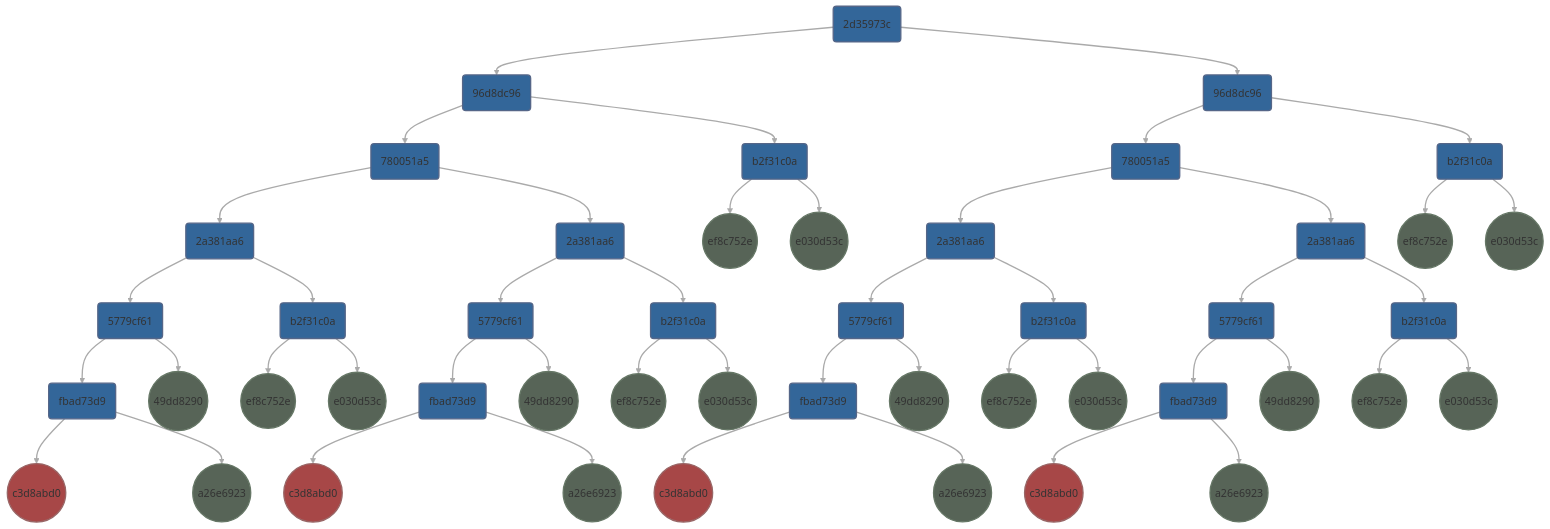
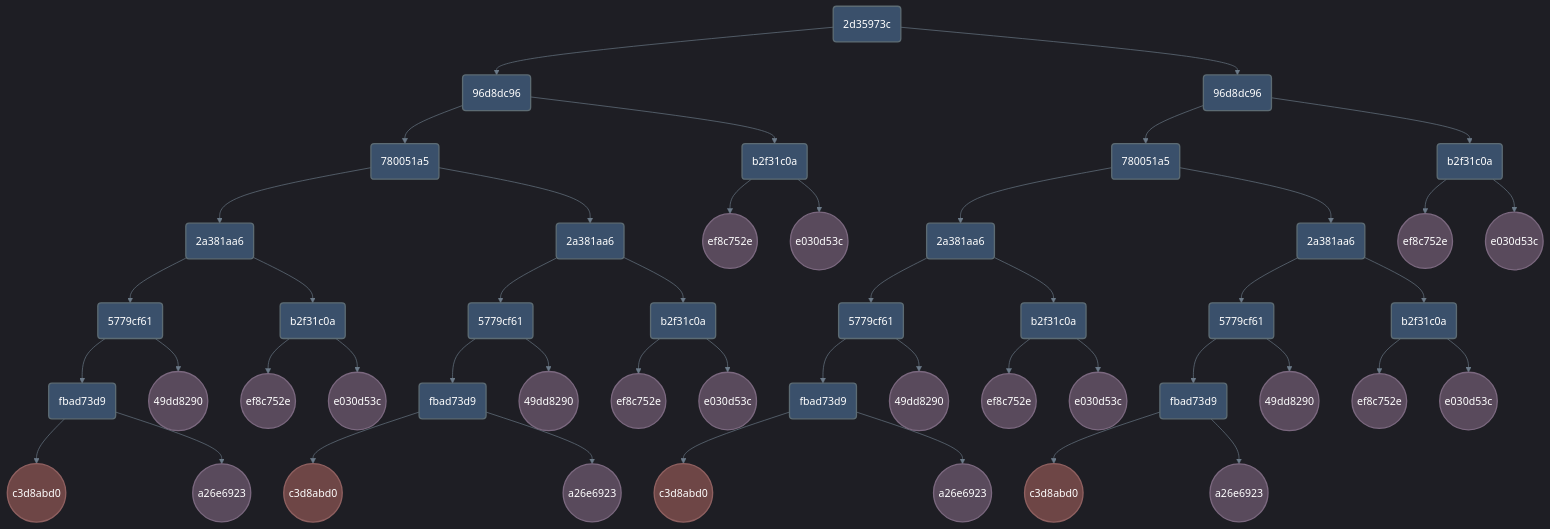
The second of 4 diagrams in docs/components/worker/executor.md (Shapedsundew9/erasmus-gp), drawn with Mermaid before and after one commit. The commit also changed other lines of this file and 21 other files, not shown here.

First line of the commit message:
Enhance Mermaid Diagrams and Color Consistency Across Documentation

````diff
--- a/docs/components/worker/executor.md
+++ b/docs/components/worker/executor.md
@@ -68,101 +67,103 @@
 ```mermaid
+%%{init: { 'theme': 'dark', 'themeVariables': { 'lineColor': '#6c7a89', 'textColor': '#edf2f4', 'mainBkg': '#2b2d42', 'primaryBorderColor': '#4a4e69' }}}%%
 flowchart TD
-    02d35973c(2d35973c):::blue
-    a196d8dc96(96d8dc96):::blue
+    %% Base/Default (Dark Slate)
+    classDef default fill:#2b2d42,stroke:#4a4e69,stroke-width:2px,color:#edf2f4
+    classDef dataBlue fill:#3a506b,stroke:#5c6b73,stroke-width:2px,color:#ffffff
+    classDef dataPurple fill:#594a5c,stroke:#7b687f,stroke-width:2px,color:#ffffff
+    classDef dataRed fill:#6e4646,stroke:#8f6060,stroke-width:2px,color:#ffffff
+
+    02d35973c(2d35973c):::dataBlue
+    a196d8dc96(96d8dc96):::dataBlue
     02d35973c --> a196d8dc96
-    b196d8dc96(96d8dc96):::blue
+    b196d8dc96(96d8dc96):::dataBlue
     02d35973c --> b196d8dc96
-    a2780051a5(780051a5):::blue
+    a2780051a5(780051a5):::dataBlue
     a196d8dc96 --> a2780051a5
-    b2b2f31c0a(b2f31c0a):::blue
+    b2b2f31c0a(b2f31c0a):::dataBlue
     a196d8dc96 --> b2b2f31c0a
-    a3780051a5(780051a5):::blue
+    a3780051a5(780051a5):::dataBlue
     b196d8dc96 --> a3780051a5
-    b3b2f31c0a(b2f31c0a):::blue
+    b3b2f31c0a(b2f31c0a):::dataBlue
     b196d8dc96 --> b3b2f31c0a
-    a42a381aa6(2a381aa6):::blue
+    a42a381aa6(2a381aa6):::dataBlue
     a2780051a5 --> a42a381aa6
-    b42a381aa6(2a381aa6):::blue
+    b42a381aa6(2a381aa6):::dataBlue
     a2780051a5 --> b42a381aa6
-    a5ef8c752e((ef8c752e)):::green
+    a5ef8c752e((ef8c752e)):::dataPurple
     b2b2f31c0a --> a5ef8c752e
-    b5e030d53c((e030d53c)):::green
+    b5e030d53c((e030d53c)):::dataPurple
     b2b2f31c0a --> b5e030d53c
-    a62a381aa6(2a381aa6):::blue
+    a62a381aa6(2a381aa6):::dataBlue
     a3780051a5 --> a62a381aa6
-    b62a381aa6(2a381aa6):::blue
+    b62a381aa6(2a381aa6):::dataBlue
     a3780051a5 --> b62a381aa6
-    a7ef8c752e((ef8c752e)):::green
+    a7ef8c752e((ef8c752e)):::dataPurple
     b3b2f31c0a --> a7ef8c752e
-    b7e030d53c((e030d53c)):::green
+    b7e030d53c((e030d53c)):::dataPurple
     b3b2f31c0a --> b7e030d53c
-    a85779cf61(5779cf61):::blue
+    a85779cf61(5779cf61):::dataBlue
     a42a381aa6 --> a85779cf61
-    b8b2f31c0a(b2f31c0a):::blue
+    b8b2f31c0a(b2f31c0a):::dataBlue
     a42a381aa6 --> b8b2f31c0a
-    a95779cf61(5779cf61):::blue
+    a95779cf61(5779cf61):::dataBlue
     b42a381aa6 --> a95779cf61
-    b9b2f31c0a(b2f31c0a):::blue
+    b9b2f31c0a(b2f31c0a):::dataBlue
     b42a381aa6 --> b9b2f31c0a
-    a125779cf61(5779cf61):::blue
+    a125779cf61(5779cf61):::dataBlue
     a62a381aa6 --> a125779cf61
-    b12b2f31c0a(b2f31c0a):::blue
+    b12b2f31c0a(b2f31c0a):::dataBlue
     a62a381aa6 --> b12b2f31c0a
-    a135779cf61(5779cf61):::blue
+    a135779cf61(5779cf61):::dataBlue
     b62a381aa6 --> a135779cf61
-    b13b2f31c0a(b2f31c0a):::blue
+    b13b2f31c0a(b2f31c0a):::dataBlue
     b62a381aa6 --> b13b2f31c0a
-    a16fbad73d9(fbad73d9):::blue
+    a16fbad73d9(fbad73d9):::dataBlue
     a85779cf61 --> a16fbad73d9
-    b1649dd8290((49dd8290)):::green
+    b1649dd8290((49dd8290)):::dataPurple
     a85779cf61 --> b1649dd8290
-    a17ef8c752e((ef8c752e)):::green
+    a17ef8c752e((ef8c752e)):::dataPurple
     b8b2f31c0a --> a17ef8c752e
-    b17e030d53c((e030d53c)):::green
+    b17e030d53c((e030d53c)):::dataPurple
     b8b2f31c0a --> b17e030d53c
-    a18fbad73d9(fbad73d9):::blue
+    a18fbad73d9(fbad73d9):::dataBlue
     a95779cf61 --> a18fbad73d9
-    b1849dd8290((49dd8290)):::green
+    b1849dd8290((49dd8290)):::dataPurple
     a95779cf61 --> b1849dd8290
-    a19ef8c752e((ef8c752e)):::green
+    a19ef8c752e((ef8c752e)):::dataPurple
     b9b2f31c0a --> a19ef8c752e
-    b19e030d53c((e030d53c)):::green
+    b19e030d53c((e030d53c)):::dataPurple
     b9b2f31c0a --> b19e030d53c
-    a20fbad73d9(fbad73d9):::blue
+    a20fbad73d9(fbad73d9):::dataBlue
     a125779cf61 --> a20fbad73d9
-    b2049dd8290((49dd8290)):::green
+    b2049dd8290((49dd8290)):::dataPurple
     a125779cf61 --> b2049dd8290
-    a21ef8c752e((ef8c752e)):::green
+    a21ef8c752e((ef8c752e)):::dataPurple
     b12b2f31c0a --> a21ef8c752e
-    b21e030d53c((e030d53c)):::green
+    b21e030d53c((e030d53c)):::dataPurple
     b12b2f31c0a --> b21e030d53c
-    a22fbad73d9(fbad73d9):::blue
+    a22fbad73d9(fbad73d9):::dataBlue
     a135779cf61 --> a22fbad73d9
-    b2249dd8290((49dd8290)):::green
+    b2249dd8290((49dd8290)):::dataPurple
     a135779cf61 --> b2249dd8290
-    a23ef8c752e((ef8c752e)):::green
+    a23ef8c752e((ef8c752e)):::dataPurple
     b13b2f31c0a --> a23ef8c752e
-    b23e030d53c((e030d53c)):::green
+    b23e030d53c((e030d53c)):::dataPurple
     b13b2f31c0a --> b23e030d53c
-    a24c3d8abd0((c3d8abd0)):::red
+    a24c3d8abd0((c3d8abd0)):::dataRed
     a16fbad73d9 --> a24c3d8abd0
-    b24a26e6923((a26e6923)):::green
+    b24a26e6923((a26e6923)):::dataPurple
     a16fbad73d9 --> b24a26e6923
-    a28c3d8abd0((c3d8abd0)):::red
+    a28c3d8abd0((c3d8abd0)):::dataRed
     a18fbad73d9 --> a28c3d8abd0
-    b28a26e6923((a26e6923)):::green
+    b28a26e6923((a26e6923)):::dataPurple
     a18fbad73d9 --> b28a26e6923
-    a32c3d8abd0((c3d8abd0)):::red
+    a32c3d8abd0((c3d8abd0)):::dataRed
     a20fbad73d9 --> a32c3d8abd0
-    b32a26e6923((a26e6923)):::green
+    b32a26e6923((a26e6923)):::dataPurple
     a20fbad73d9 --> b32a26e6923
-    a36c3d8abd0((c3d8abd0)):::red
+    a36c3d8abd0((c3d8abd0)):::dataRed
     a22fbad73d9 --> a36c3d8abd0
-    b36a26e6923((a26e6923)):::green
+    b36a26e6923((a26e6923)):::dataPurple
     a22fbad73d9 --> b36a26e6923
-classDef grey fill:#444444,stroke:#333333,stroke-width:2px
-classDef red fill:#A74747,stroke:#996666,stroke-width:2px
-classDef blue fill:#336699,stroke:#556688,stroke-width:2px
-classDef green fill:#576457,stroke:#667766,stroke-width:2px
-linkStyle default stroke:#AAAAAA,stroke-width:2px
 ```
````
